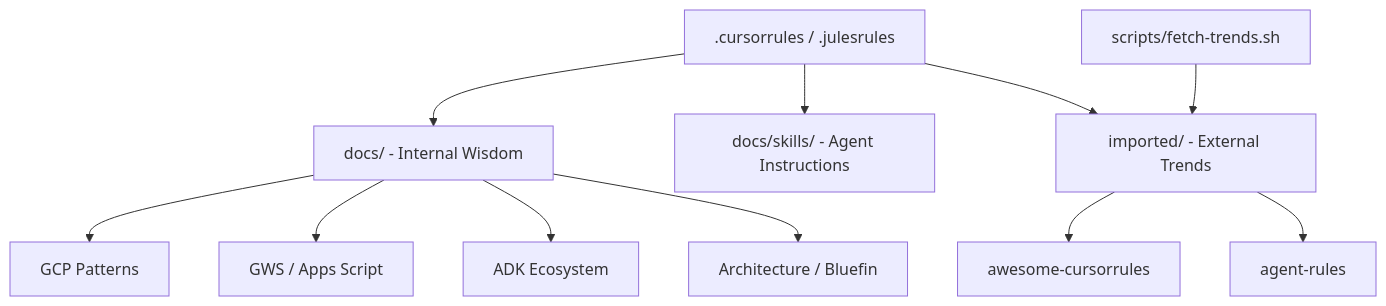
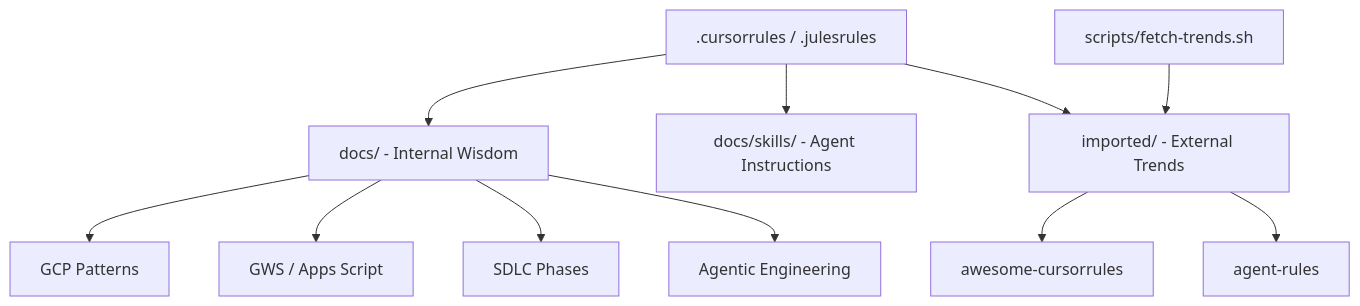
The diagram in README.md (wtg-codes/wtg-kb), drawn with Mermaid before and after one commit. The commit also changed other lines of this file and 9 other files, not shown here.

First line of the commit message:
feat: implement high-end SDLC Knowledge Base with Agent-First architecture

````diff
--- a/README.md
+++ b/README.md
@@ -14,13 +16,13 @@
 ```mermaid
 graph TD
     Root[.cursorrules / .julesrules] --> Docs[docs/ - Internal Wisdom]
     Root --> Skills[docs/skills/ - Agent Instructions]
     Root --> Imported[imported/ - External Trends]
     Docs --> GCP[GCP Patterns]
     Docs --> GWS[GWS / Apps Script]
-    Docs --> ADK[ADK Ecosystem]
-    Docs --> Arch[Architecture / Bluefin]
+    Docs --> SDLC[SDLC Phases]
+    Docs --> Agents[Agentic Engineering]
     Imported --> AwesomeRules[awesome-cursorrules]
     Imported --> AgentRules[agent-rules]
     Scripts[scripts/fetch-trends.sh] --> Imported
 ```
````
